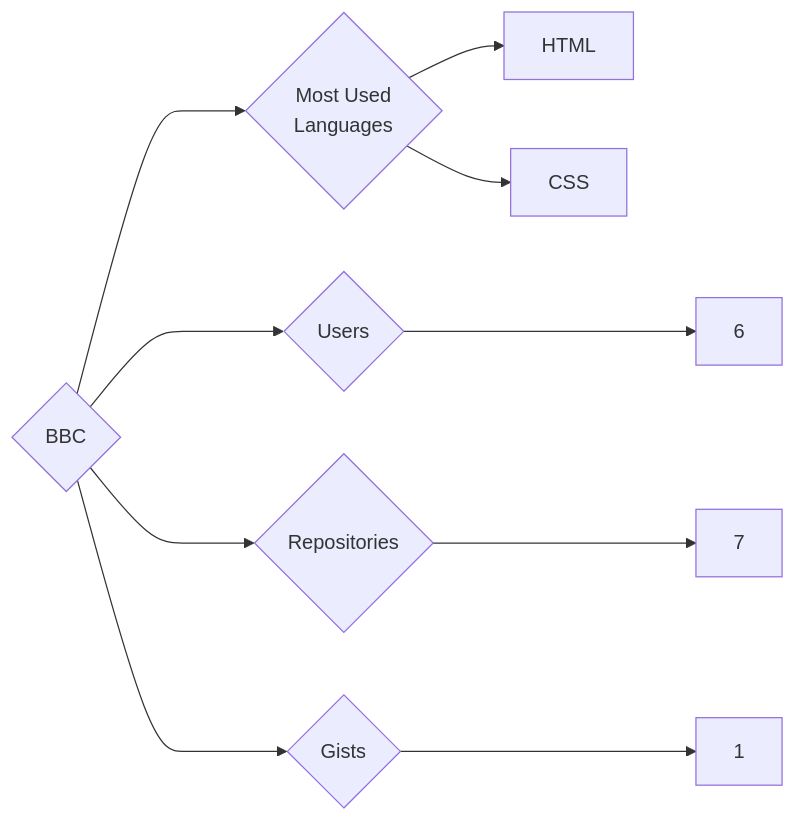
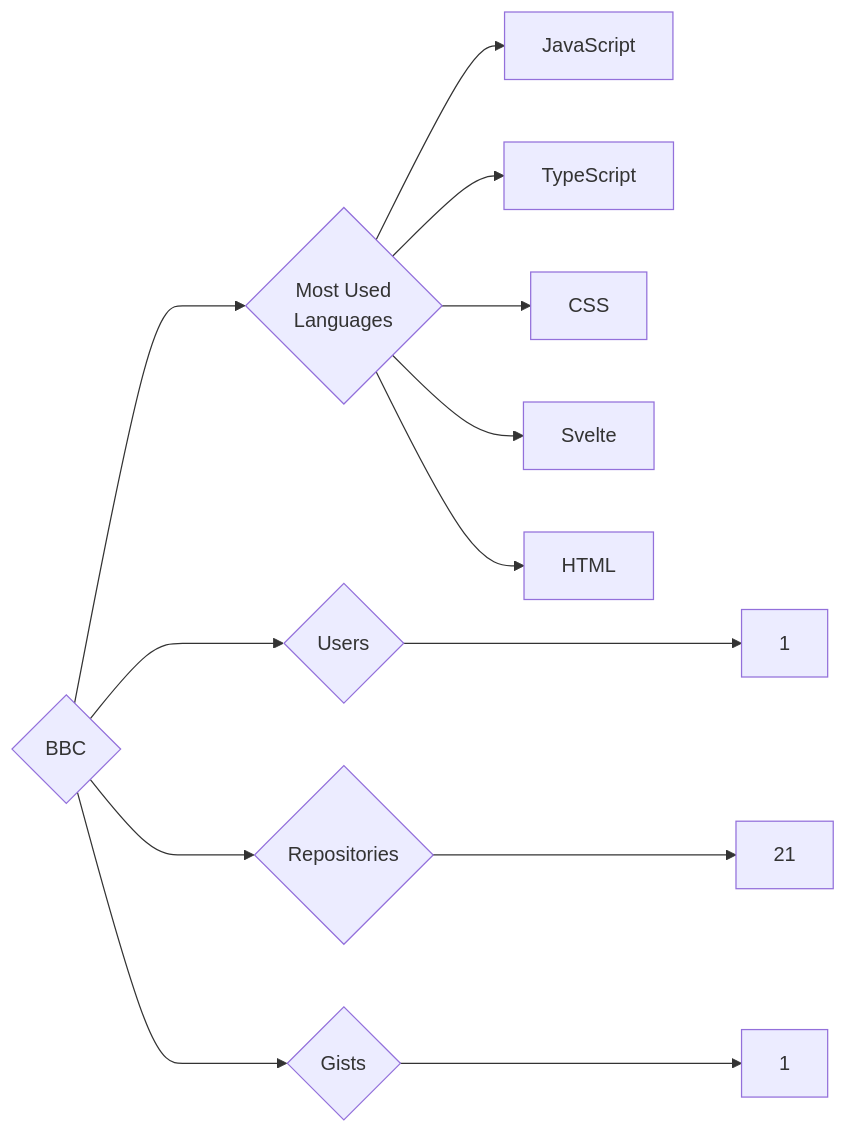
The diagram in targets/BBC/README.md (trickest/insiders), drawn with Mermaid before and after one commit. The commit also changed 859 other files, not shown here.

````diff
--- a/targets/BBC/README.md
+++ b/targets/BBC/README.md
@@ -3,10 +3,13 @@
 ```mermaid
 graph LR
 COMPANY_NAME{BBC}
-COMPANY_NAME ---> U{Users} ---> UN[6]
-COMPANY_NAME ---> R{Repositories} ---> RN[7]
+COMPANY_NAME ---> U{Users} ---> UN[1]
+COMPANY_NAME ---> R{Repositories} ---> RN[21]
 COMPANY_NAME ---> G{Gists} ---> GN[1]
 COMPANY_NAME ---> ML{Most Used<br>Languages}
+ML --> JavaScript[JavaScript]
+ML --> TypeScript[TypeScript]
+ML --> CSS[CSS]
+ML --> Svelte[Svelte]
 ML --> HTML[HTML]
-ML --> CSS[CSS]
 ```
````
